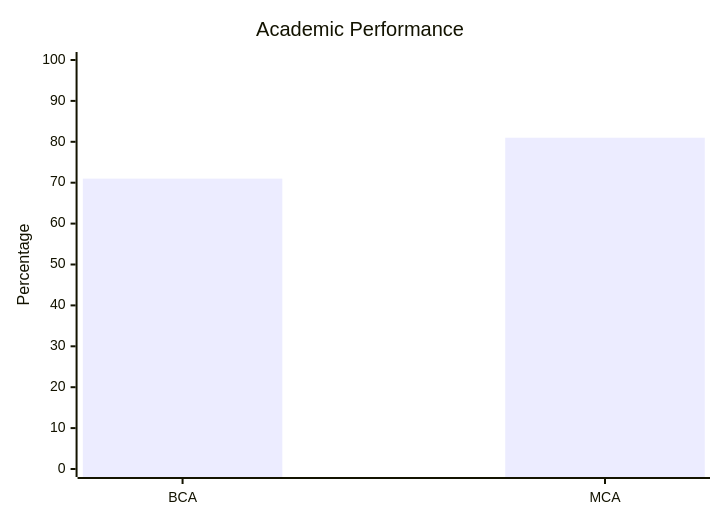
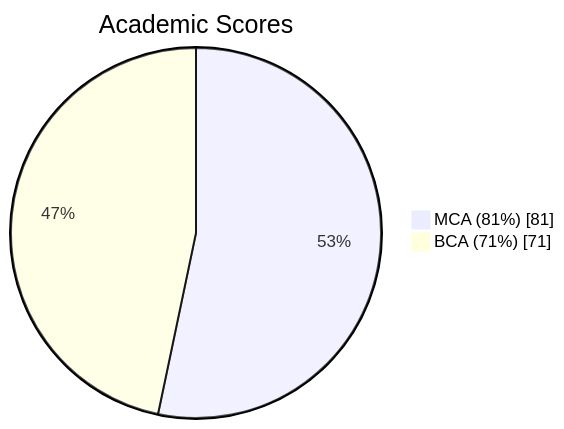
The third of 4 diagrams in README.md (varun-b2infosoft/varun-b2infosoft), drawn with Mermaid before and after one commit. The commit also changed other lines of this file and 3 other files, not shown here.

````diff
--- a/README.md
+++ b/README.md
@@ -275,7 +256,6 @@
 ```mermaid
-xychart-beta
-    title "Academic Performance"
-    x-axis ["BCA", "MCA"]
-    y-axis "Percentage" 0 --> 100
-    bar [71, 81]
+pie showData
+    title Academic Scores
+    "MCA (81%)" : 81
+    "BCA (71%)" : 71
 ```
````
